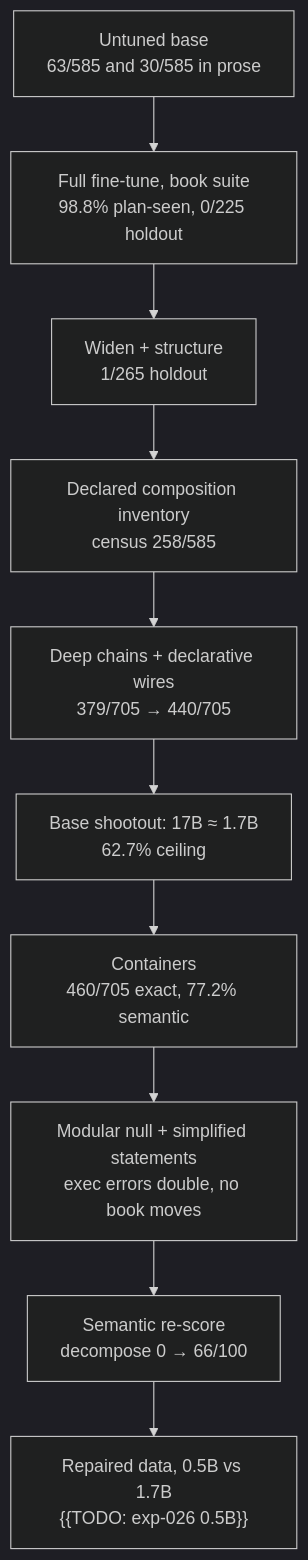
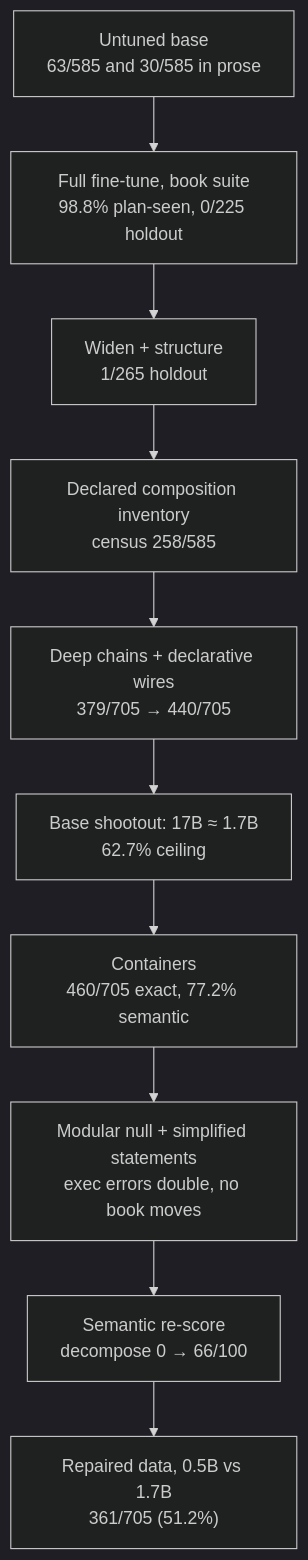
One commit to ml-circuits-research/sopLang-llm changed the diagram in docs/article/README.md. Above: the diagram before and after it, drawn with Mermaid (dark theme). The commit also changed other lines of this file and 3 other files, not shown here.

````diff
--- a/docs/article/README.md
+++ b/docs/article/README.md
@@ -20,12 +20,12 @@
 ```mermaid
 graph TD
   A["Untuned base<br/>63/585 and 30/585 in prose"] --> B["Full fine-tune, book suite<br/>98.8% plan-seen, 0/225 holdout"]
   B --> C["Widen + structure<br/>1/265 holdout"]
   C --> D["Declared composition inventory<br/>census 258/585"]
   D --> E["Deep chains + declarative wires<br/>379/705 &rarr; 440/705"]
   E --> F["Base shootout: 17B &asymp; 1.7B<br/>62.7% ceiling"]
   F --> G["Containers<br/>460/705 exact, 77.2% semantic"]
   G --> H["Modular null + simplified statements<br/>exec errors double, no book moves"]
   H --> I["Semantic re-score<br/>decompose 0 &rarr; 66/100"]
-  I --> J["Repaired data, 0.5B vs 1.7B<br/>{{TODO: exp-026 0.5B}}"]
+  I --> J["Repaired data, 0.5B vs 1.7B<br/>361/705 (51.2%)"]
 ```
````
